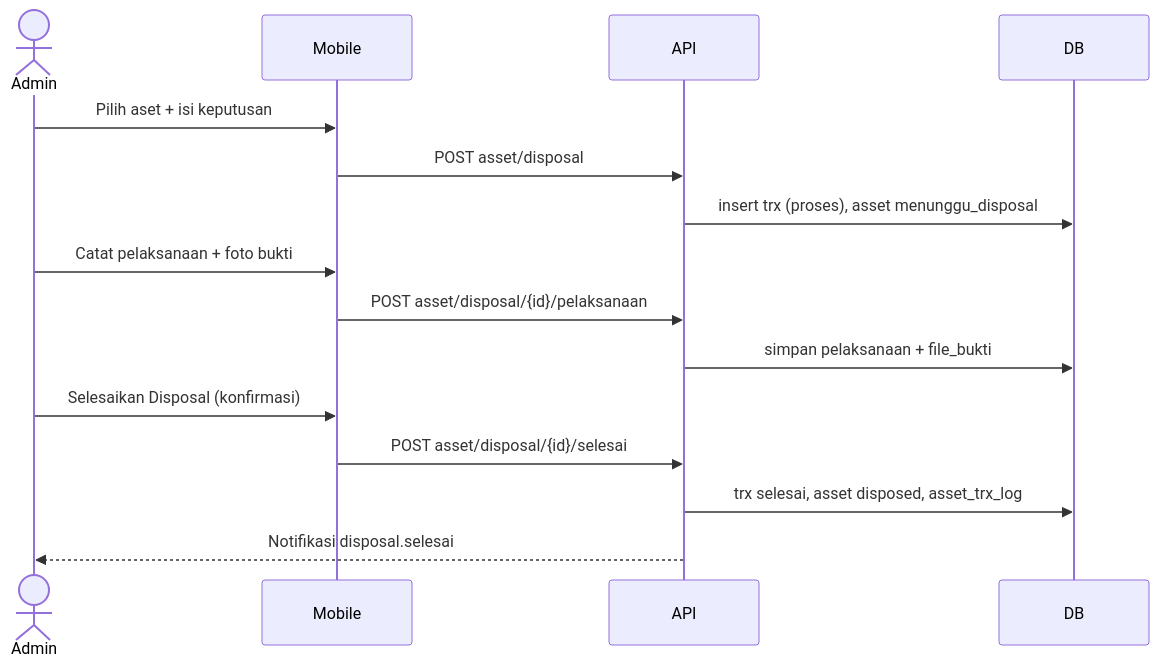
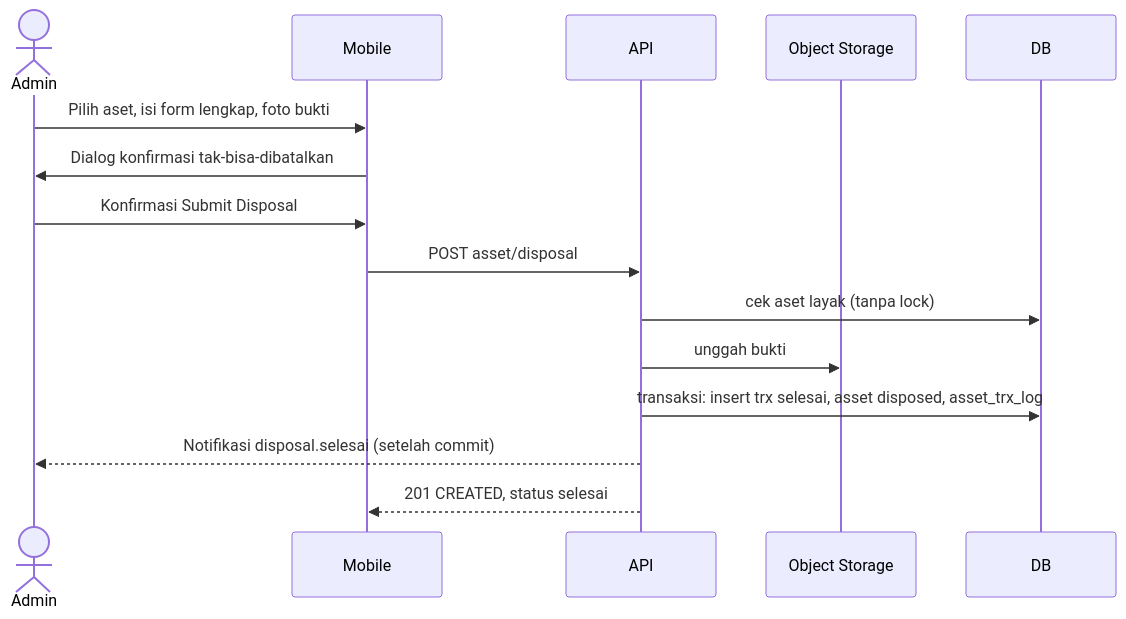
The second of 4 diagrams in dokumentasi-asset-disposal.md (setiyawan12/DOKUMENTASI-ASSET), drawn with Mermaid before and after one commit. The commit also changed other lines of this file and 26 other files, not shown here.

````diff
--- a/dokumentasi-asset-disposal.md
+++ b/dokumentasi-asset-disposal.md
@@ -164,17 +157,17 @@
 ```mermaid
 sequenceDiagram
     actor Admin
     participant App as Mobile
     participant API
+    participant Storage as Object Storage
     participant DB
-    Admin->>App: Pilih aset + isi keputusan
+    Admin->>App: Pilih aset, isi form lengkap, foto bukti
+    App->>Admin: Dialog konfirmasi tak-bisa-dibatalkan
+    Admin->>App: Konfirmasi Submit Disposal
     App->>API: POST asset/disposal
-    API->>DB: insert trx (proses), asset menunggu_disposal
-    Admin->>App: Catat pelaksanaan + foto bukti
-    App->>API: POST asset/disposal/{id}/pelaksanaan
-    API->>DB: simpan pelaksanaan + file_bukti
-    Admin->>App: Selesaikan Disposal (konfirmasi)
-    App->>API: POST asset/disposal/{id}/selesai
-    API->>DB: trx selesai, asset disposed, asset_trx_log
-    API-->>Admin: Notifikasi disposal.selesai
+    API->>DB: cek aset layak (tanpa lock)
+    API->>Storage: unggah bukti
+    API->>DB: transaksi: insert trx selesai, asset disposed, asset_trx_log
+    API-->>Admin: Notifikasi disposal.selesai (setelah commit)
+    API-->>App: 201 CREATED, status selesai
 ```
````
